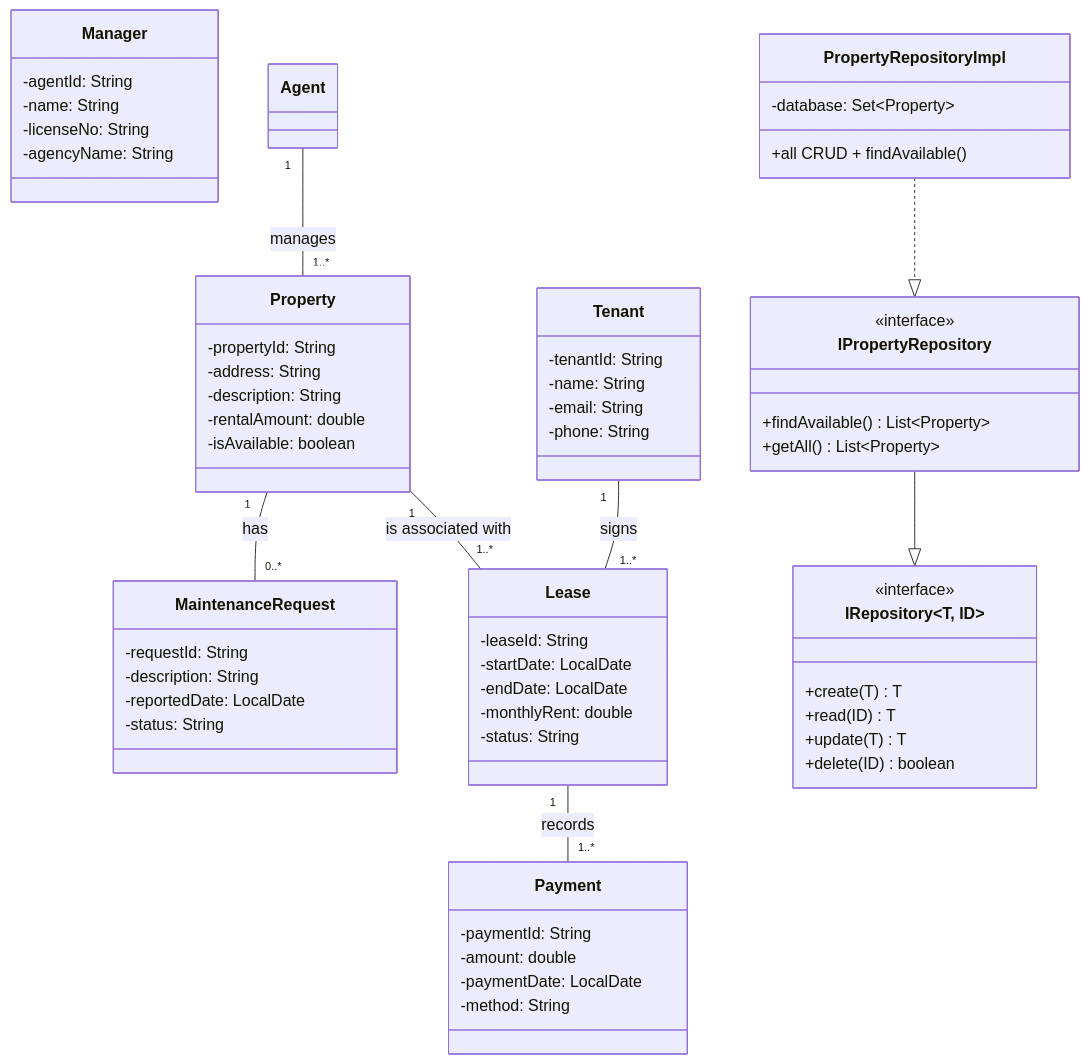
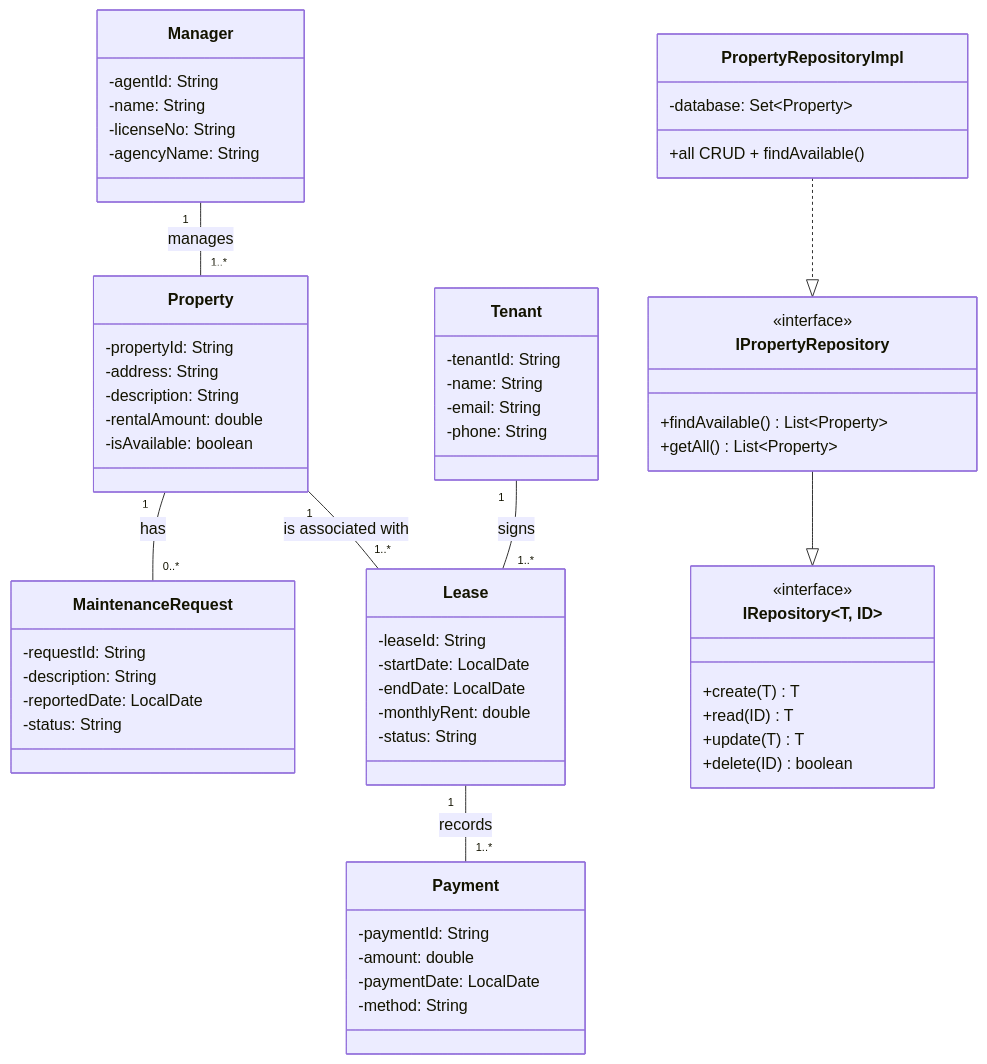
Before and after one commit to Anas-P7/PropertyManagementSystem: the diagram in README.md, drawn with Mermaid.

````diff
--- a/README.md
+++ b/README.md
@@ -1,80 +1,80 @@
 ```mermaid
 classDiagram
     direction TB
 
     %% Domain Entities
     class Manager {
         -agentId: String
         -name: String
         -licenseNo: String
         -agencyName: String
     }
 
     class Property {
         -propertyId: String
         -address: String
         -description: String
         -rentalAmount: double
         -isAvailable: boolean
     }
 
     class Tenant {
         -tenantId: String
         -name: String
         -email: String
         -phone: String
     }
 
     class Lease {
         -leaseId: String
         -startDate: LocalDate
         -endDate: LocalDate
         -monthlyRent: double
         -status: String
     }
 
     class MaintenanceRequest {
         -requestId: String
         -description: String
         -reportedDate: LocalDate
         -status: String
     }
 
     class Payment {
         -paymentId: String
         -amount: double
         -paymentDate: LocalDate
         -method: String
     }
 
     %% Repository Layer
     class IRepository~T, ID~ {
         <<interface>>
         +create(T) T
         +read(ID) T
         +update(T) T
         +delete(ID) boolean
     }
 
     class IPropertyRepository {
         <<interface>>
         +findAvailable() List~Property~
         +getAll() List~Property~
     }
 
     class PropertyRepositoryImpl {
         -database: Set~Property~
         +all CRUD + findAvailable()
     }
 
     %% Relationships and Multiplicity
-    Agent "1" -- "1..*" Property : manages
+    Manager "1" -- "1..*" Property : manages
     Property "1" -- "0..*" MaintenanceRequest : has
     Property "1" -- "1..*" Lease : is associated with
     Tenant "1" -- "1..*" Lease : signs
     Lease "1" -- "1..*" Payment : records
     
     %% Repository Inheritance
     IPropertyRepository --|> IRepository
     PropertyRepositoryImpl ..|> IPropertyRepository
 ```
````
